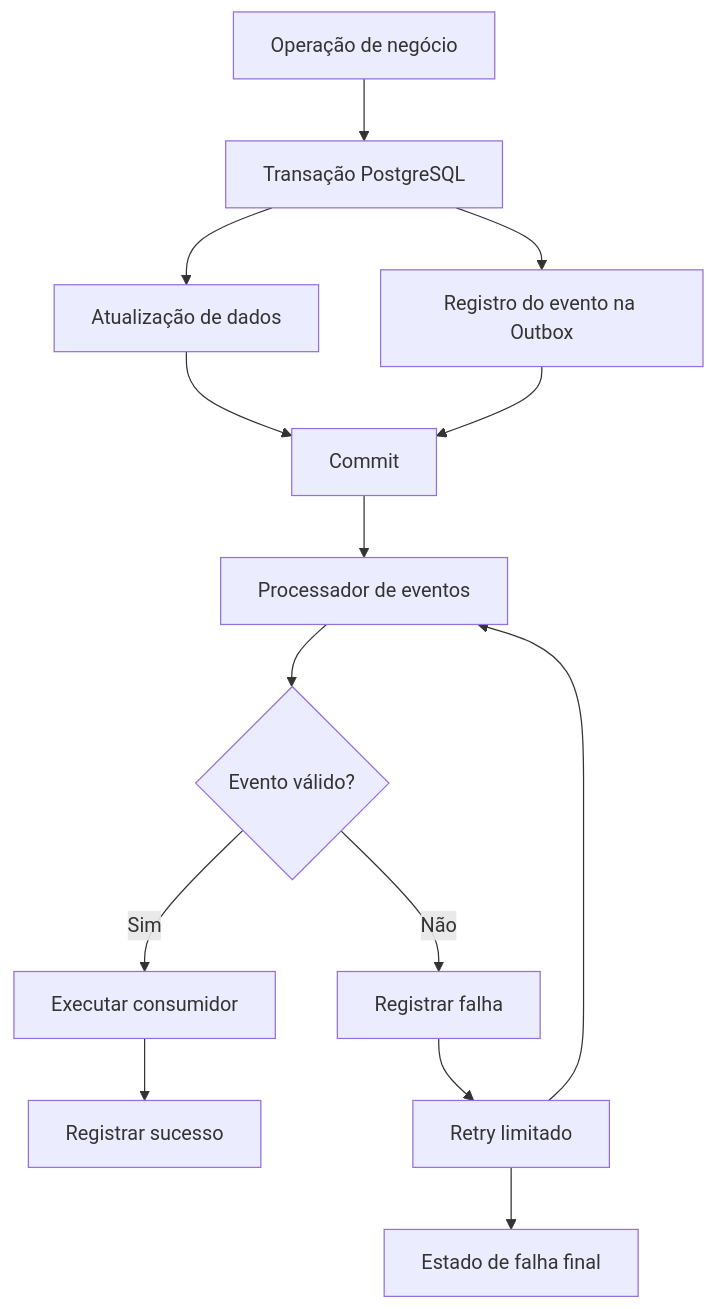
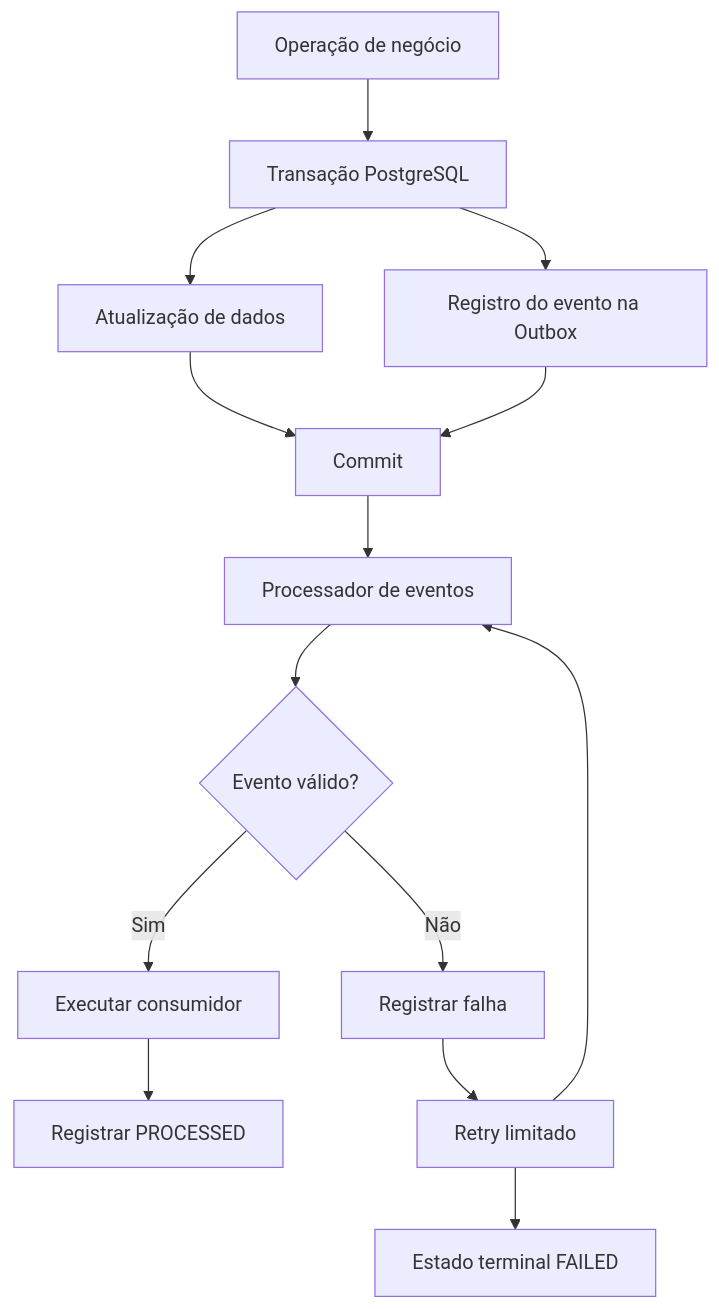
One commit to GabrielSoloDev/MyBank changed the eighth of 10 diagrams in docs/03-arquitetura/arquitetura-e-diagramas.md. Above: the diagram before and after it, drawn with Mermaid. The commit also changed other lines of this file and 9 other files, not shown here.

````diff
--- a/docs/03-arquitetura/arquitetura-e-diagramas.md
+++ b/docs/03-arquitetura/arquitetura-e-diagramas.md
@@ -487,30 +488,30 @@
 ```mermaid
 flowchart TD
     A[Operação de negócio]
     B[Transação PostgreSQL]
     C[Atualização de dados]
     D[Registro do evento na Outbox]
     E[Commit]
     F[Processador de eventos]
     G{Evento válido?}
     H[Executar consumidor]
-    I[Registrar sucesso]
+    I[Registrar PROCESSED]
     J[Registrar falha]
     K[Retry limitado]
-    L[Estado de falha final]
+    L[Estado terminal FAILED]
 
     A --> B
     B --> C
     B --> D
     C --> E
     D --> E
     E --> F
     F --> G
     G -->|Sim| H
     H --> I
     G -->|Não| J
     J --> K
     K --> F
     K --> L
 
 ```
````
